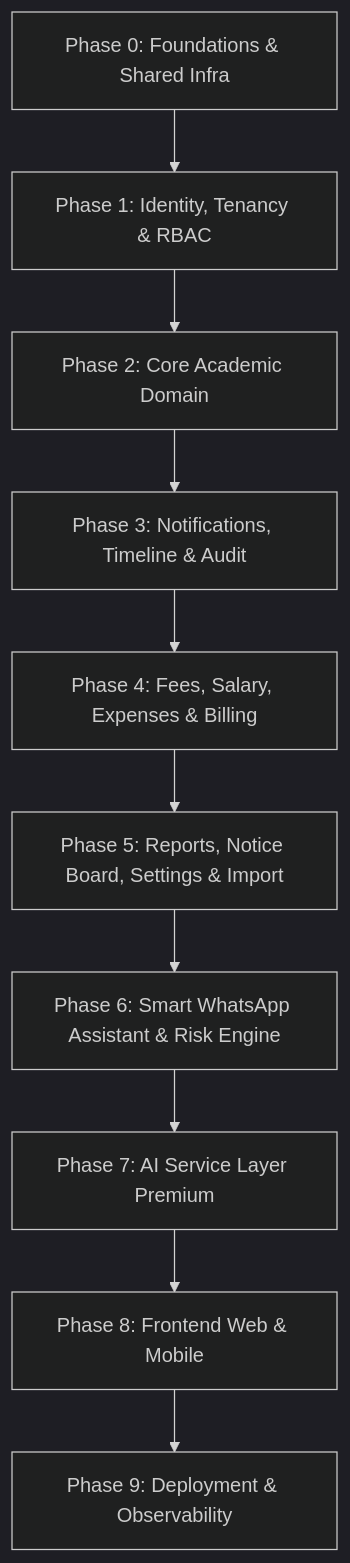
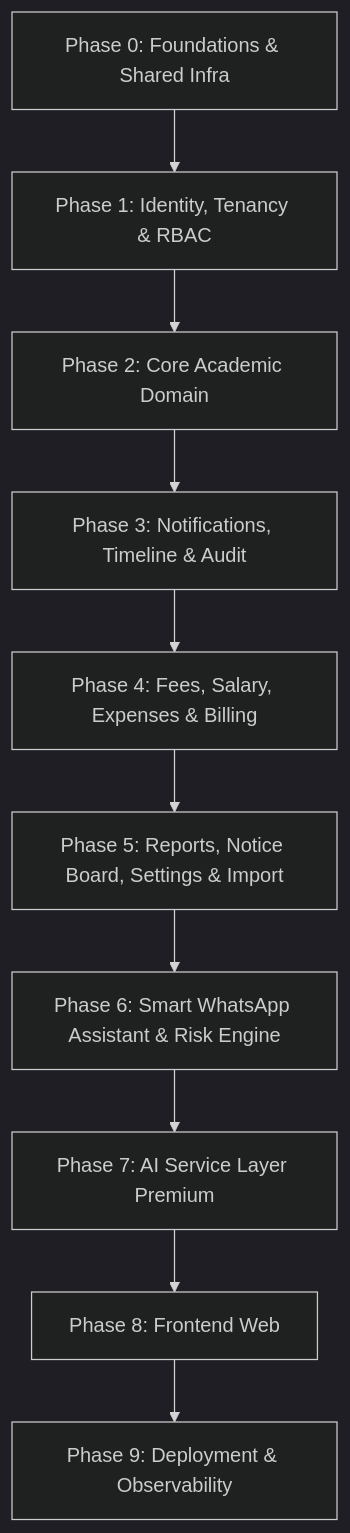
The diagram in IMPLEMENTATION_PLAN.md (Scorpion9205/TrueCO), drawn with Mermaid (dark theme) before and after one commit. The commit also changed 213 other files, not shown here.

````diff
--- a/IMPLEMENTATION_PLAN.md
+++ b/IMPLEMENTATION_PLAN.md
@@ -85,12 +85,12 @@
 ```mermaid
 flowchart TD
     P0[Phase 0: Foundations & Shared Infra] --> P1[Phase 1: Identity, Tenancy & RBAC]
     P1 --> P2[Phase 2: Core Academic Domain]
     P2 --> P3[Phase 3: Notifications, Timeline & Audit]
     P3 --> P4[Phase 4: Fees, Salary, Expenses & Billing]
     P4 --> P5[Phase 5: Reports, Notice Board, Settings & Import]
     P5 --> P6[Phase 6: Smart WhatsApp Assistant & Risk Engine]
     P6 --> P7[Phase 7: AI Service Layer Premium]
-    P7 --> P8[Phase 8: Frontend Web & Mobile]
+    P7 --> P8[Phase 8: Frontend Web]
     P8 --> P9[Phase 9: Deployment & Observability]
 ```
````
